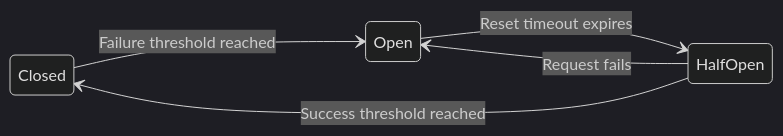
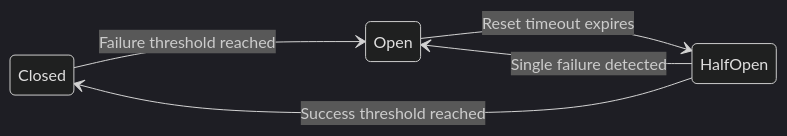
One commit to vaishvanara/techwritingkb changed the diagram in docs/systems-thinking/circuit-breaker-pattern.md. Above: the diagram before and after it, drawn with Mermaid (dark theme). The commit also changed other lines of this file and 26 other files, not shown here.

````diff
--- a/docs/systems-thinking/circuit-breaker-pattern.md
+++ b/docs/systems-thinking/circuit-breaker-pattern.md
@@ -15,8 +15,8 @@
 ```mermaid
 stateDiagram-v2
     direction LR
     Closed --> Open : Failure threshold reached
     Open --> HalfOpen : Reset timeout expires
     HalfOpen --> Closed : Success threshold reached
-    HalfOpen --> Open : Request fails
+    HalfOpen --> Open : Single failure detected
 ```
````
